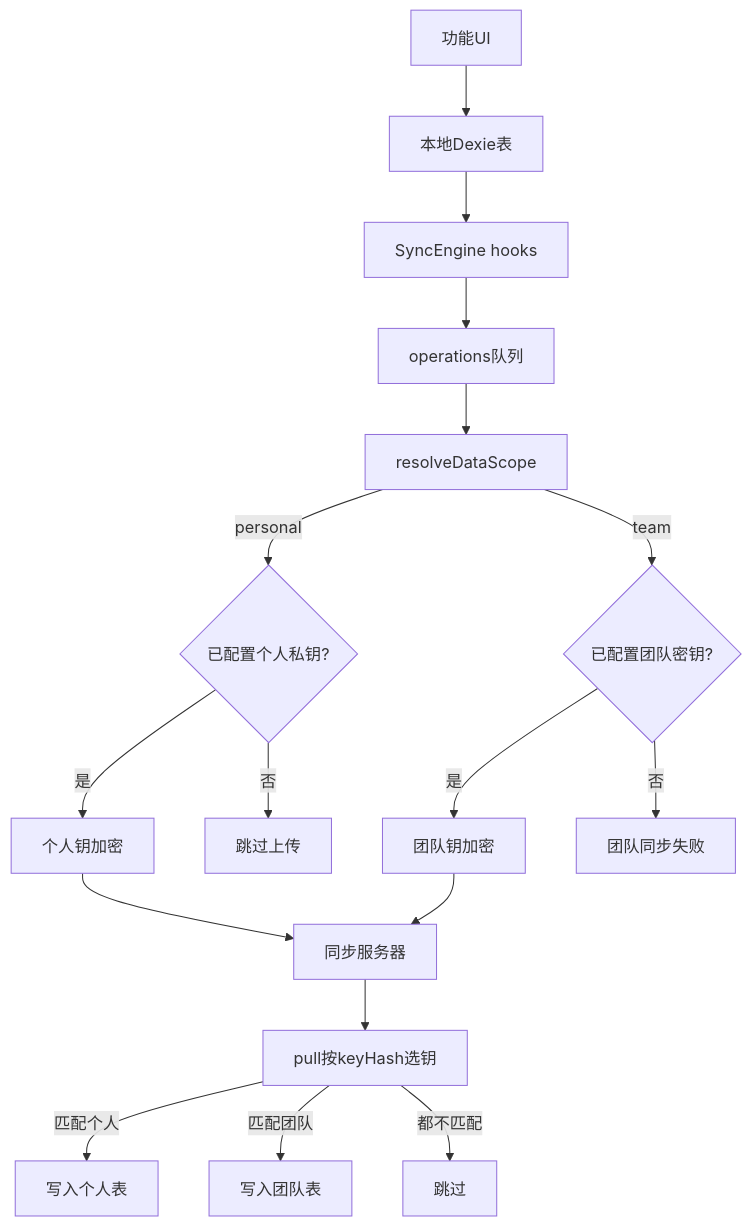
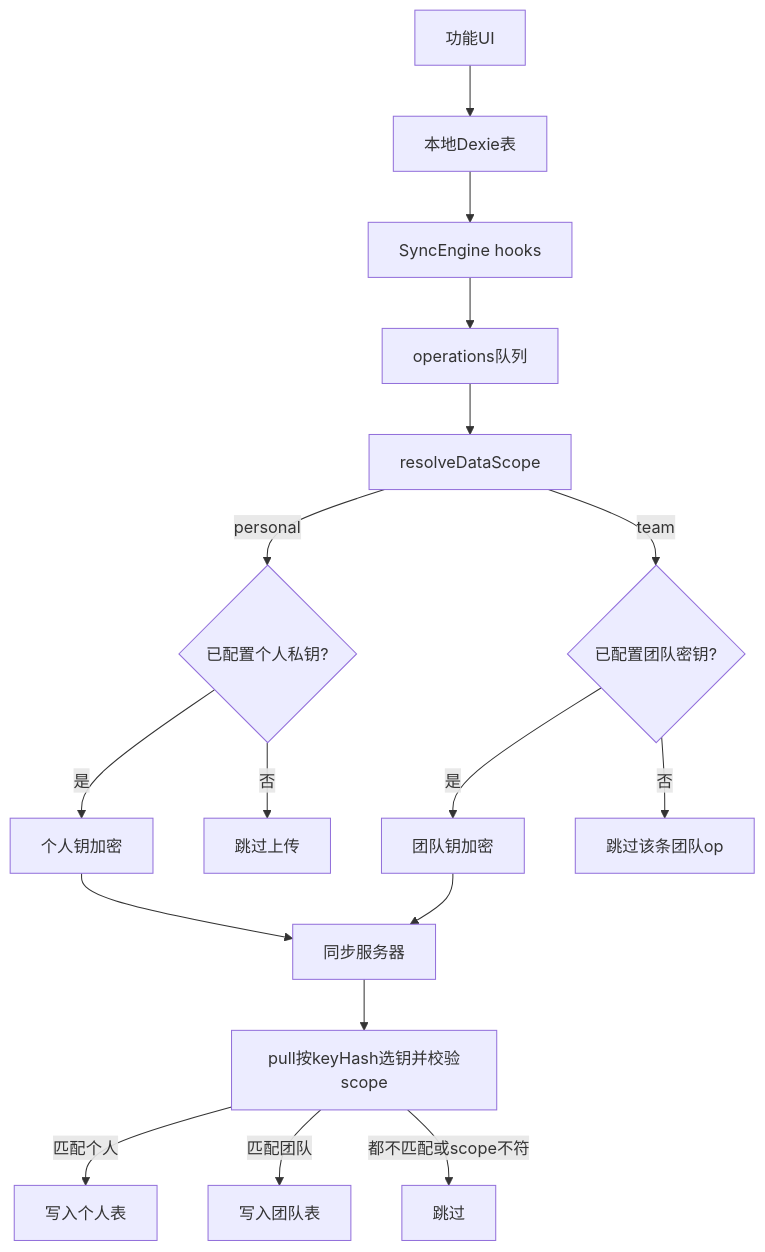
One commit to slothvips/DPP changed the diagram in docs/personal-key-sync-design.md. Above: the diagram before and after it, drawn with Mermaid. The commit also changed other lines of this file and 33 other files, not shown here.

````diff
--- a/docs/personal-key-sync-design.md
+++ b/docs/personal-key-sync-design.md
@@ -103,19 +104,19 @@
 ```mermaid
 flowchart TB
   UI[功能UI] --> Dexie[本地Dexie表]
   Dexie --> Hooks[SyncEngine hooks]
   Hooks --> Ops[operations队列]
   Ops --> Resolve[resolveDataScope]
   Resolve -->|personal| PK{已配置个人私钥?}
   Resolve -->|team| TK{已配置团队密钥?}
   PK -->|是| EncP[个人钥加密]
   PK -->|否| SkipPush[跳过上传]
   TK -->|是| EncT[团队钥加密]
-  TK -->|否| FailTeam[团队同步失败]
+  TK -->|否| SkipTeam[跳过该条团队op]
   EncP --> Server[同步服务器]
   EncT --> Server
-  Server --> Pull[pull按keyHash选钥]
+  Server --> Pull[pull按keyHash选钥并校验scope]
   Pull -->|匹配个人| ApplyP[写入个人表]
   Pull -->|匹配团队| ApplyT[写入团队表]
-  Pull -->|都不匹配| SkipPull[跳过]
+  Pull -->|都不匹配或scope不符| SkipPull[跳过]
 ```
````
